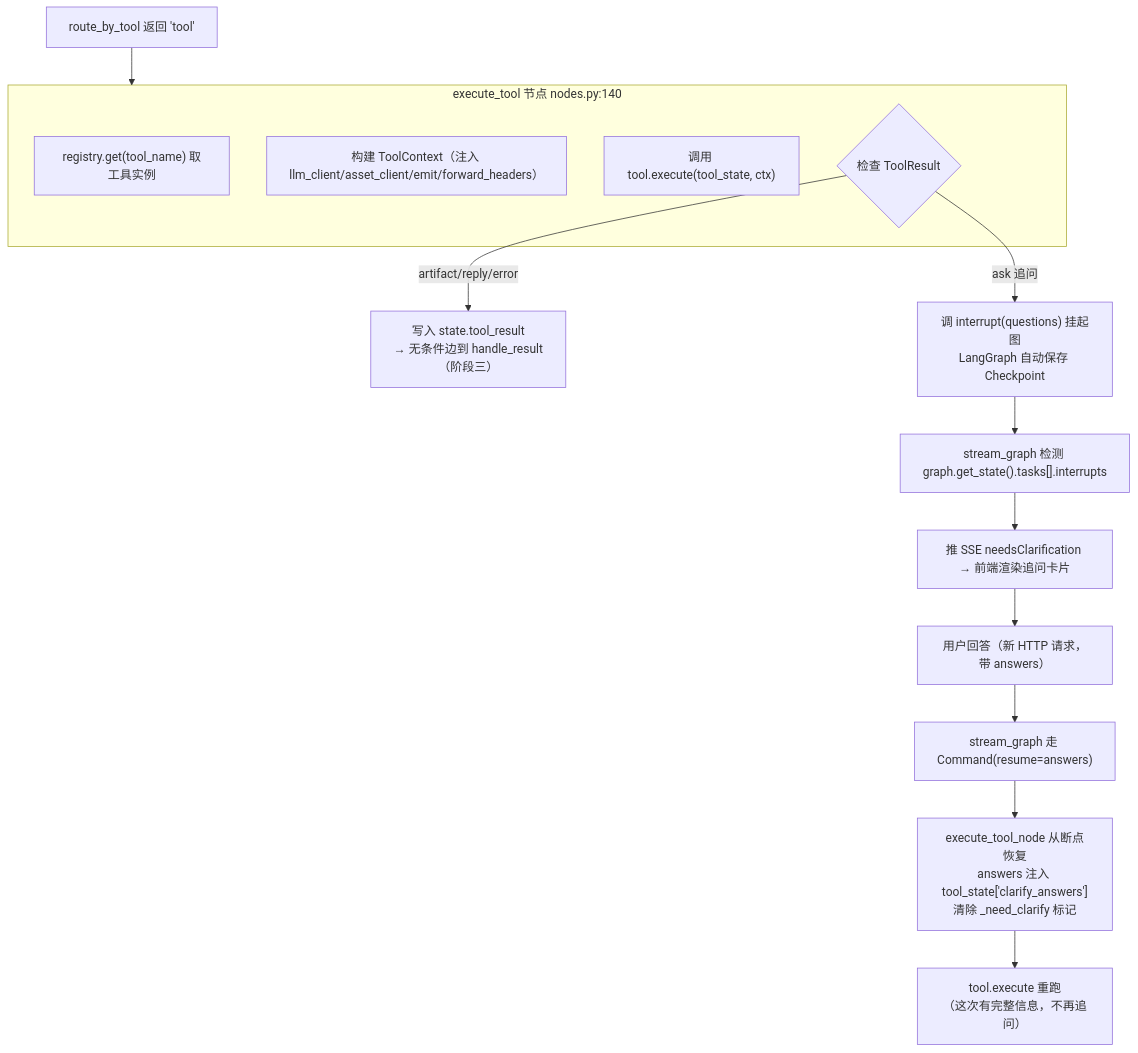
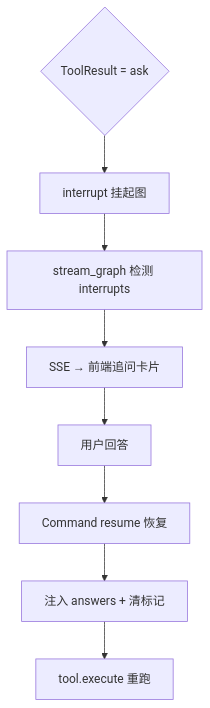
The fifth of 19 diagrams in doc/系统架构与学习指南.md (996Code/llm-to-modeler), drawn with Mermaid before and after one commit. The commit also changed other lines of this file, not shown here.

First line of the commit message:
docs: 拆分大 Mermaid 图 + 深度解析 interrupt/resume 追问机制

````diff
--- a/doc/系统架构与学习指南.md
+++ b/doc/系统架构与学习指南.md
@@ -106,21 +119,10 @@
 ```mermaid
 flowchart TD
-    Entry["route_by_tool 返回 'tool'"] --> ExecuteNode
-
-    subgraph ExecuteNode["execute_tool 节点 nodes.py:140"]
-        E1["registry.get(tool_name) 取工具实例"]
-        E2["构建 ToolContext（注入 llm_client/asset_client/emit/forward_headers）"]
-        E3["调用 tool.execute(tool_state, ctx)"]
-        E4{"检查 ToolResult"}
-    end
-
-    E4 -->|artifact/reply/error| ToHandle["写入 state.tool_result<br/>→ 无条件边到 handle_result（阶段三）"]
-    E4 -->|ask 追问| Interrupt["调 interrupt(questions) 挂起图<br/>LangGraph 自动保存 Checkpoint"]
-
-    Interrupt --> Check["stream_graph 检测 graph.get_state().tasks[].interrupts"]
-    Check --> SSE["推 SSE needsClarification → 前端渲染追问卡片"]
-    SSE --> User["用户回答（新 HTTP 请求，带 answers）"]
-    User --> Resume["stream_graph 走 Command(resume=answers)"]
-    Resume --> Inject["execute_tool_node 从断点恢复<br/>answers 注入 tool_state['clarify_answers']<br/>清除 _need_clarify 标记"]
-    Inject --> Rerun["tool.execute 重跑<br/>（这次有完整信息，不再追问）"]
+    E4{"ToolResult = ask"} --> Interrupt["interrupt 挂起图"]
+    Interrupt --> Check["stream_graph 检测 interrupts"]
+    Check --> SSE["SSE → 前端追问卡片"]
+    SSE --> User["用户回答"]
+    User --> Resume["Command resume 恢复"]
+    Resume --> Inject["注入 answers + 清标记"]
+    Inject --> Rerun["tool.execute 重跑"]
 ```
````
